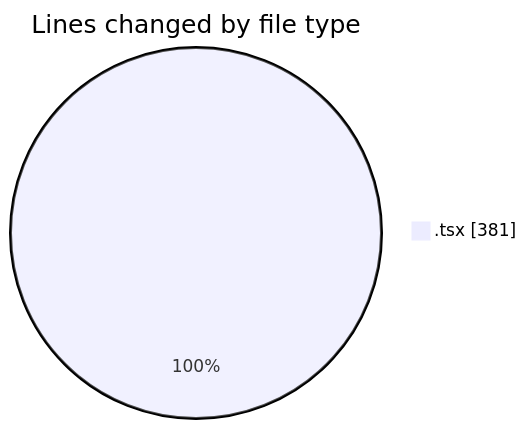
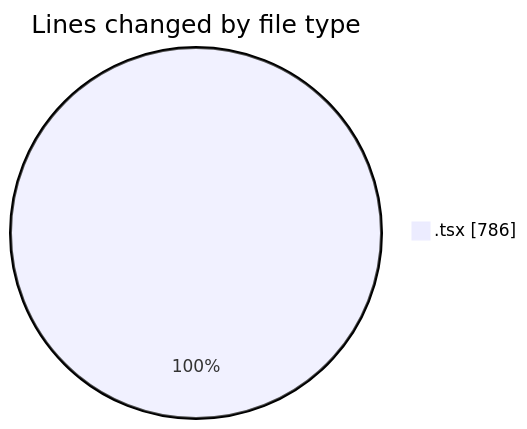
Before and after one commit to nxtqubesakshisongat/code-tracking: the first of 2 diagrams in 2026-07-24/nxtqube_webapp/README.md, drawn with Mermaid. The commit also changed other lines of this file and 1 other file, not shown here.

````diff
--- a/2026-07-24/nxtqube_webapp/README.md
+++ b/2026-07-24/nxtqube_webapp/README.md
@@ -21,5 +22,5 @@
 ```mermaid
 pie showData
 title Lines changed by file type
-".tsx" : 381
+".tsx" : 786
 ```
````
